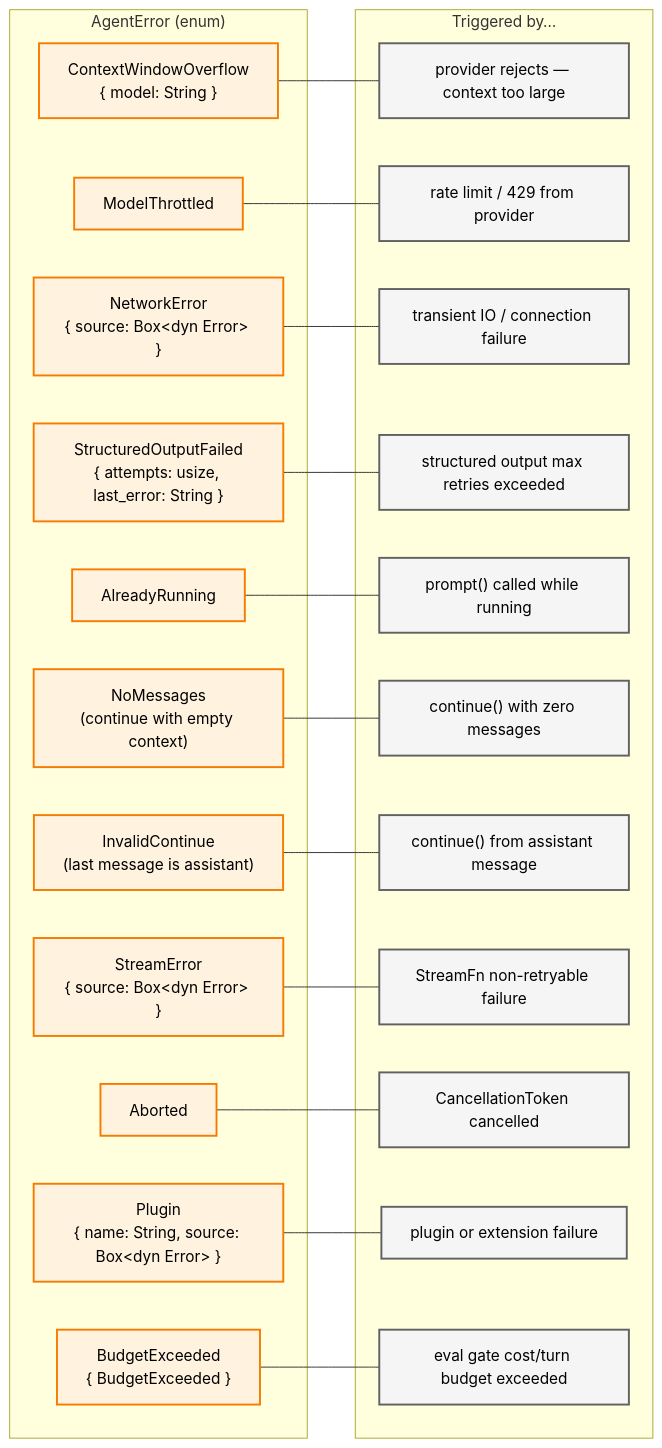
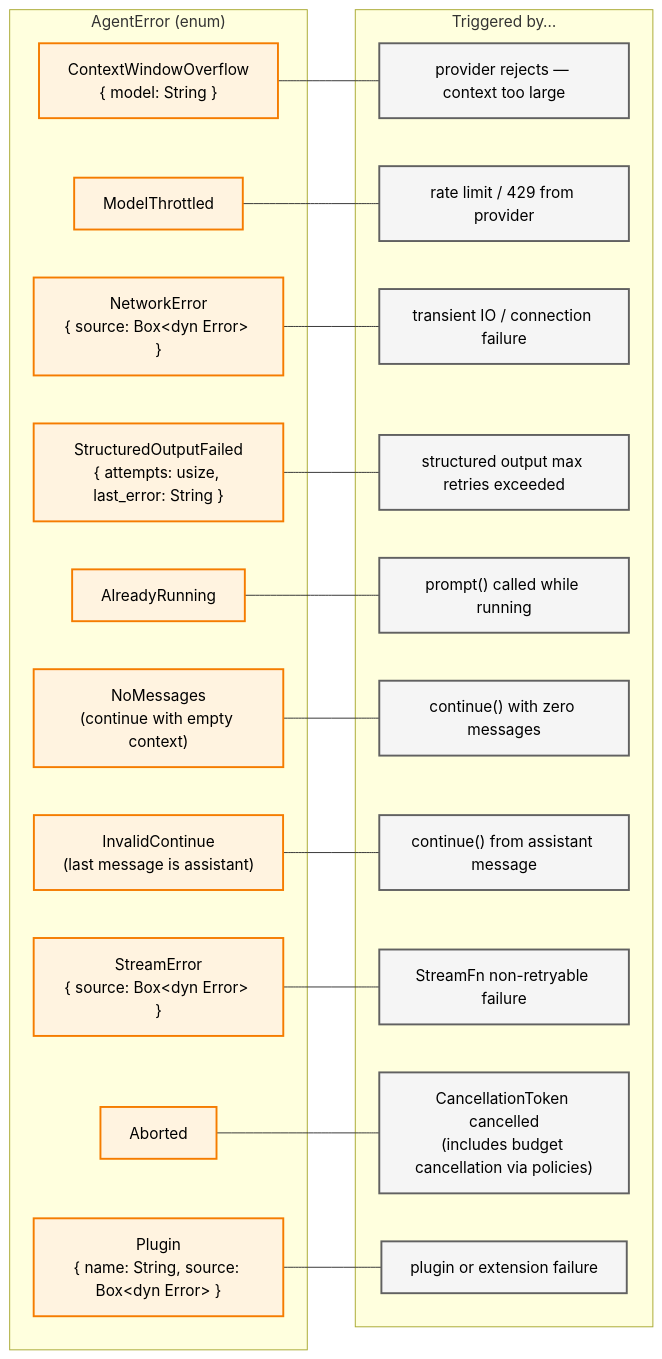
One commit to SuperSwinkAI/Swink-Agent changed the second of 5 diagrams in docs/architecture/error-handling/README.md. Above: the diagram before and after it, drawn with Mermaid. The commit also changed other lines of this file and 20 other files, not shown here.

````diff
--- a/docs/architecture/error-handling/README.md
+++ b/docs/architecture/error-handling/README.md
@@ -65,48 +65,45 @@
 ```mermaid
 flowchart LR
     subgraph AgentError["AgentError (enum)"]
         CWO["ContextWindowOverflow<br/>{ model: String }"]
         ModelThrottled["ModelThrottled"]
         NetErr["NetworkError<br/>{ source: Box&lt;dyn Error&gt; }"]
         StructFail["StructuredOutputFailed<br/>{ attempts: usize, last_error: String }"]
         AlreadyRunning["AlreadyRunning"]
         NoMessages["NoMessages<br/>(continue with empty context)"]
         InvalidContinue["InvalidContinue<br/>(last message is assistant)"]
         StreamError["StreamError<br/>{ source: Box&lt;dyn Error&gt; }"]
         Aborted["Aborted"]
         Plugin["Plugin<br/>{ name: String, source: Box&lt;dyn Error&gt; }"]
-        BudgetExceeded["BudgetExceeded<br/>{ BudgetExceeded }"]
     end
 
     subgraph Trigger["Triggered by…"]
         T1["provider rejects — context too large"]
         T2["rate limit / 429 from provider"]
         T3["transient IO / connection failure"]
         T4["structured output max retries exceeded"]
         T5["prompt() called while running"]
         T6["continue() with zero messages"]
         T7["continue() from assistant message"]
         T8["StreamFn non-retryable failure"]
-        T9["CancellationToken cancelled"]
+        T9["CancellationToken cancelled<br/>(includes budget cancellation via policies)"]
         T10["plugin or extension failure"]
-        T11["eval gate cost/turn budget exceeded"]
     end
 
     CWO --- T1
     ModelThrottled --- T2
     NetErr --- T3
     StructFail --- T4
     AlreadyRunning --- T5
     NoMessages --- T6
     InvalidContinue --- T7
     StreamError --- T8
     Aborted --- T9
     Plugin --- T10
-    BudgetExceeded --- T11
 
     classDef errStyle fill:#fff3e0,stroke:#f57c00,stroke-width:2px,color:#000
     classDef trigStyle fill:#f5f5f5,stroke:#616161,stroke-width:2px,color:#000
 
-    class CWO,ModelThrottled,NetErr,StructFail,AlreadyRunning,NoMessages,InvalidContinue,StreamError,Aborted,Plugin,BudgetExceeded errStyle
-    class T1,T2,T3,T4,T5,T6,T7,T8,T9,T10,T11 trigStyle
+    class CWO,ModelThrottled,NetErr,StructFail,AlreadyRunning,NoMessages,InvalidContinue,StreamError,Aborted,Plugin errStyle
+    class T1,T2,T3,T4,T5,T6,T7,T8,T9,T10 trigStyle
 ```
````
